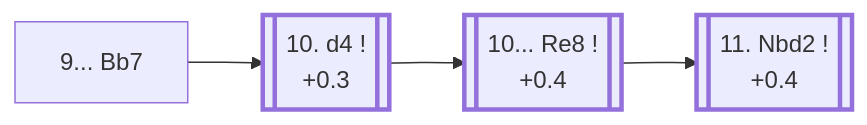
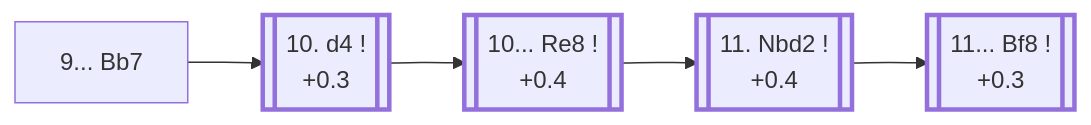
The diagram in e4_openings/C92_Ruy_Lopez_Zaitsev.md (onclemarcel/chess_flashcards), drawn with Mermaid before and after one commit. The commit also changed other lines of this file and 59 other files, not shown here.

````diff
--- a/e4_openings/C92_Ruy_Lopez_Zaitsev.md
+++ b/e4_openings/C92_Ruy_Lopez_Zaitsev.md
@@ -12,14 +12,16 @@
 ```mermaid
 flowchart LR
     classDef main stroke-width:3px;
 
     Bb7["9... Bb7"]
     click Bb7 "#_initial_move_" "C92 · Ruy Lopez: Closed, Flohr System"
 
     Bb7 --> d4[["10. d4 !<br/>+0.3"]]:::main
     click d4 "#_d4_" "C92 · Ruy Lopez: Closed, Flohr System"
     d4 --> Re8[["10... Re8 !<br/>+0.4"]]:::main
     click Re8 "#_Re8_" "C92 · Ruy Lopez: Closed, Zaitsev Variation"
     Re8 --> Nbd2[["11. Nbd2 !<br/>+0.4"]]:::main
     click Nbd2 "#_Nbd2_" "C92 · Ruy Lopez: Closed, Zaitsev Variation"
+    Nbd2 --> Bf8[["11... Bf8 !<br/>+0.3"]]:::main
+    click Bf8 "#_Bf8_" "C92 · Ruy Lopez: Closed, Zaitsev Variation"
 ```
````
